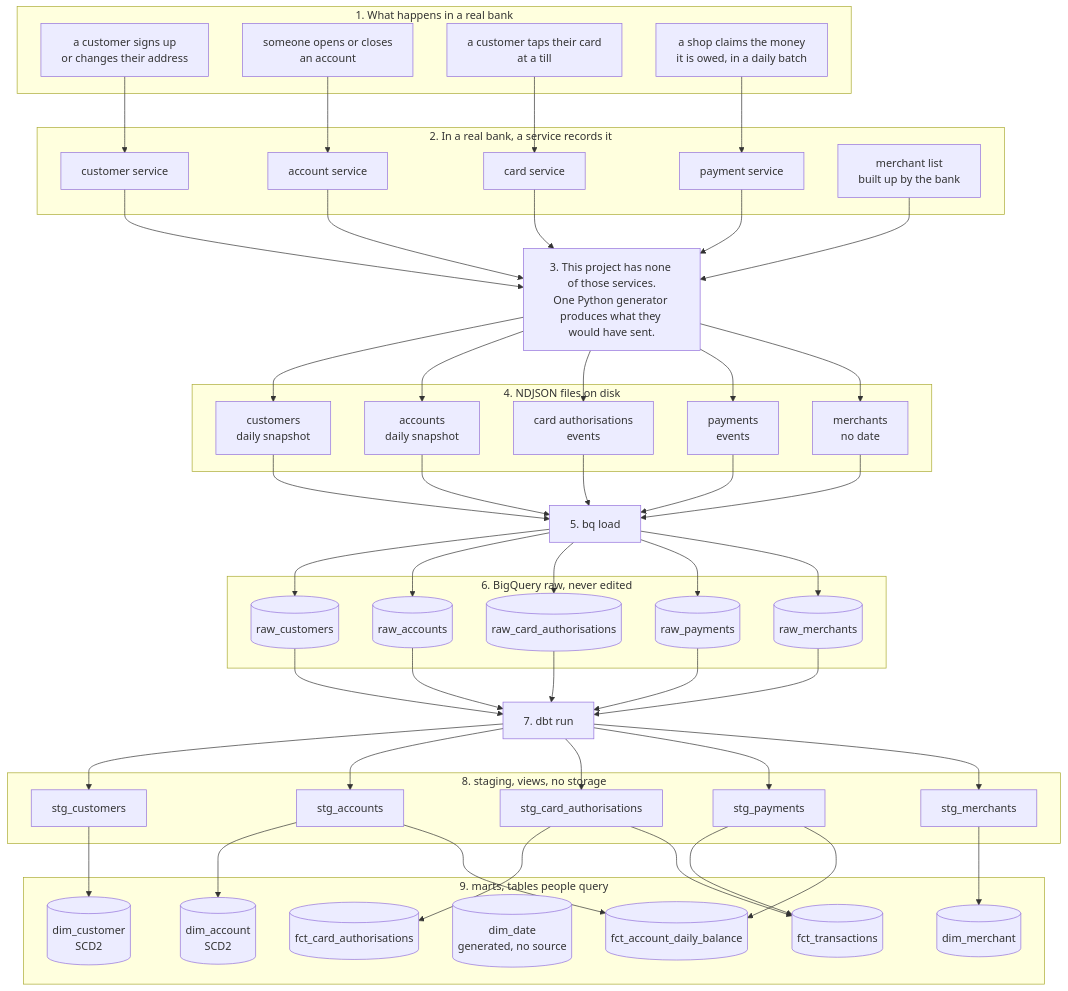
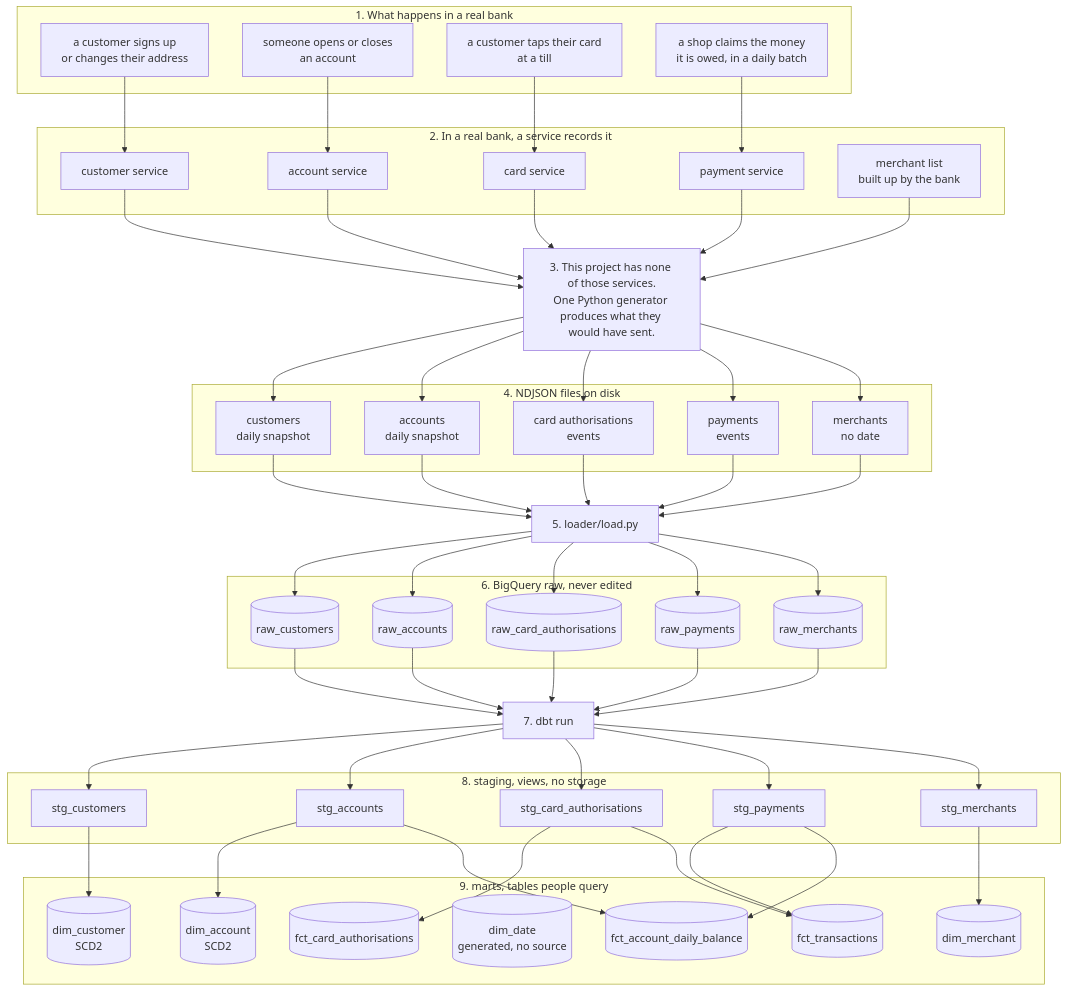
The first of 2 diagrams in docs/architecture.md (faithcodes-lab/neobank-warehouse), drawn with Mermaid before and after one commit. The commit also changed other lines of this file, not shown here.

Commit message:
point architecture at the load script

````diff
--- a/docs/architecture.md
+++ b/docs/architecture.md
@@ -17,80 +17,80 @@
 ```mermaid
 flowchart TD
     subgraph world["1. What happens in a real bank"]
         w1["a customer signs up<br/>or changes their address"]
         w2["someone opens or closes<br/>an account"]
         w3["a customer taps their card<br/>at a till"]
         w4["a shop claims the money<br/>it is owed, in a daily batch"]
     end
 
     subgraph svc["2. In a real bank, a service records it"]
         c1["customer service"]
         c2["account service"]
         c3["card service"]
         c4["payment service"]
         c5["merchant list<br/>built up by the bank"]
     end
 
     gen["3. This project has none of those services.<br/>One Python generator produces what they would have sent."]
 
     subgraph files["4. NDJSON files on disk"]
         f1["customers<br/>daily snapshot"]
         f2["accounts<br/>daily snapshot"]
         f3["card authorisations<br/>events"]
         f4["payments<br/>events"]
         f5["merchants<br/>no date"]
     end
 
-    load["5. bq load"]
+    load["5. loader/load.py"]
 
     subgraph raw["6. BigQuery raw, never edited"]
         r1[("raw_customers")]
         r2[("raw_accounts")]
         r3[("raw_card_authorisations")]
         r4[("raw_payments")]
         r5[("raw_merchants")]
     end
 
     dbtrun["7. dbt run"]
 
     subgraph staging["8. staging, views, no storage"]
         g1["stg_customers"]
         g2["stg_accounts"]
         g3["stg_card_authorisations"]
         g4["stg_payments"]
         g5["stg_merchants"]
     end
 
     subgraph marts["9. marts, tables people query"]
         d1[("dim_customer<br/>SCD2")]
         d2[("dim_account<br/>SCD2")]
         d3[("dim_merchant")]
         d4[("dim_date<br/>generated, no source")]
         t1[("fct_card_authorisations")]
         t2[("fct_transactions")]
         t3[("fct_account_daily_balance")]
     end
 
     w1 --> c1
     w2 --> c2
     w3 --> c3
     w4 --> c4
 
     c1 & c2 & c3 & c4 & c5 --> gen
     gen --> f1 & f2 & f3 & f4 & f5
 
     f1 & f2 & f3 & f4 & f5 --> load
     load --> r1 & r2 & r3 & r4 & r5
     r1 & r2 & r3 & r4 & r5 --> dbtrun
 
     dbtrun --> g1 & g2 & g3 & g4 & g5
 
     g1 --> d1
     g2 --> d2
     g5 --> d3
     g3 --> t1
     g3 --> t2
     g4 --> t2
     g2 --> t3
     g4 --> t3
 ```
````
